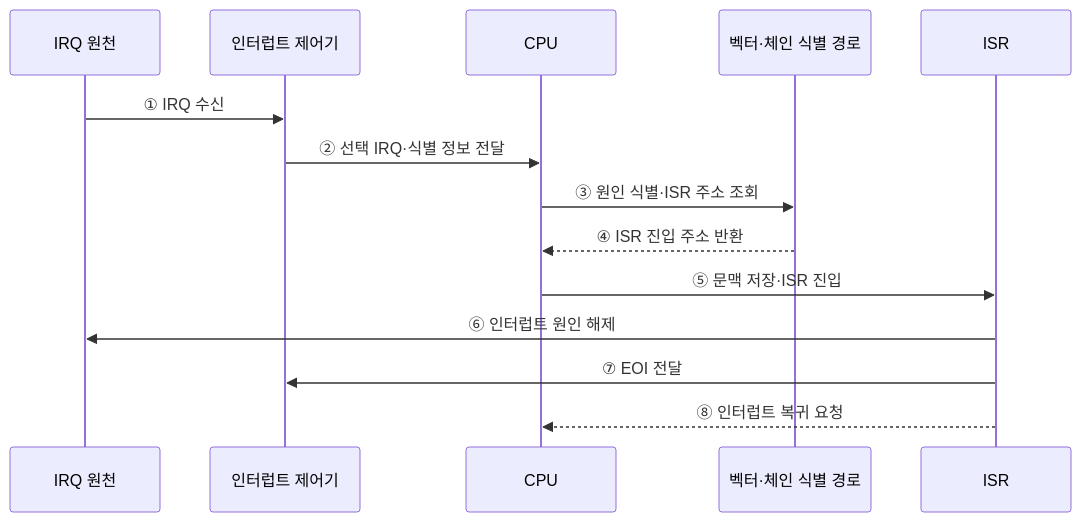
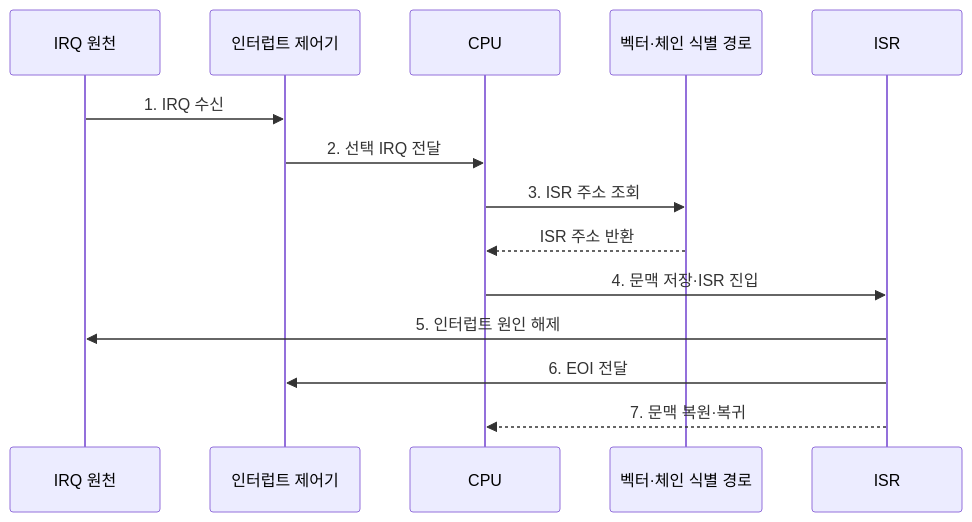
Before and after one commit to agnusdei1207/knowledge-base: the second of 2 diagrams in src/content/docs/notes/02-hardware/034_interrupt_handling.md, drawn with Mermaid. The commit also changed other lines of this file and 20 other files, not shown here.

````diff
--- a/src/content/docs/notes/02-hardware/034_interrupt_handling.md
+++ b/src/content/docs/notes/02-hardware/034_interrupt_handling.md
@@ -77,16 +86,16 @@
 ```mermaid
 sequenceDiagram
     participant D as IRQ 원천
     participant C as 인터럽트 제어기
     participant P as CPU
     participant V as 벡터·체인 식별 경로
     participant I as ISR
-    D->>C: ① IRQ 수신
-    C->>P: ② 선택 IRQ·식별 정보 전달
-    P->>V: ③ 원인 식별·ISR 주소 조회
-    V-->>P: ④ ISR 진입 주소 반환
-    P->>I: ⑤ 문맥 저장·ISR 진입
-    I->>D: ⑥ 인터럽트 원인 해제
-    I->>C: ⑦ EOI 전달
-    I-->>P: ⑧ 인터럽트 복귀 요청
+    D->>C: 1. IRQ 수신
+    C->>P: 2. 선택 IRQ 전달
+    P->>V: 3. ISR 주소 조회
+    V-->>P: ISR 주소 반환
+    P->>I: 4. 문맥 저장·ISR 진입
+    I->>D: 5. 인터럽트 원인 해제
+    I->>C: 6. EOI 전달
+    I-->>P: 7. 문맥 복원·복귀
 ```
````
